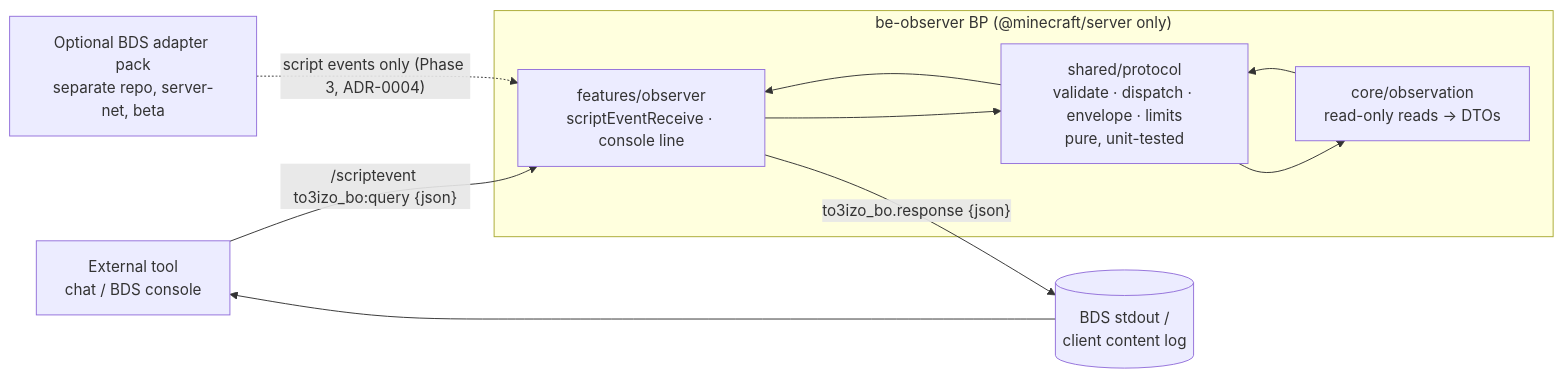
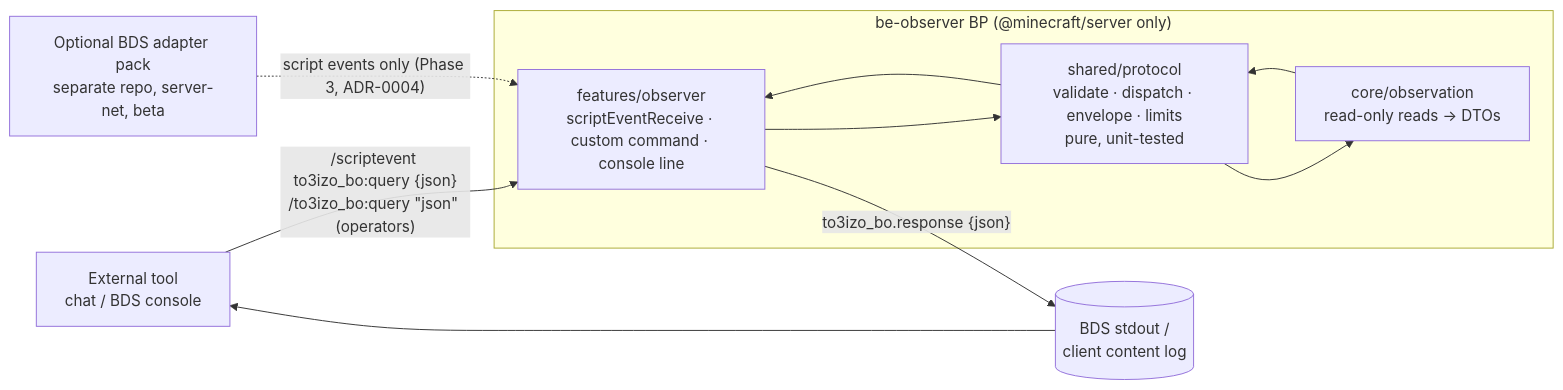
The fourth of 4 diagrams in docs/ARCHITECTURE.md (to3izo/mc-addon-be-observer), drawn with Mermaid before and after one commit. The commit also changed other lines of this file and 21 other files, not shown here.

First line of the commit message:
scripts: add the operator /to3izo_bo:query command and freeze protocol 1

````diff
--- a/docs/ARCHITECTURE.md
+++ b/docs/ARCHITECTURE.md
@@ -140,14 +140,14 @@
 ```mermaid
 flowchart LR
-  T[External tool<br/>chat / BDS console] -- "/scriptevent to3izo_bo:query {json}" --> IO
+  T[External tool<br/>chat / BDS console] -- "/scriptevent to3izo_bo:query {json}<br/>/to3izo_bo:query &quot;json&quot; (operators)" --> IO
   subgraph BP["be-observer BP (@minecraft/server only)"]
-    IO[features/observer<br/>scriptEventReceive · console line]
+    IO[features/observer<br/>scriptEventReceive · custom command · console line]
     P[shared/protocol<br/>validate · dispatch · envelope · limits<br/>pure, unit-tested]
     C[core/observation<br/>read-only reads → DTOs]
     IO --> P --> C
     C --> P --> IO
   end
   IO -- "to3izo_bo.response {json}" --> LOG[(BDS stdout /<br/>client content log)]
   LOG --> T
   A[Optional BDS adapter pack<br/>separate repo, server-net, beta] -. "script events only (Phase 3, ADR-0004)" .-> IO
 ```
````
